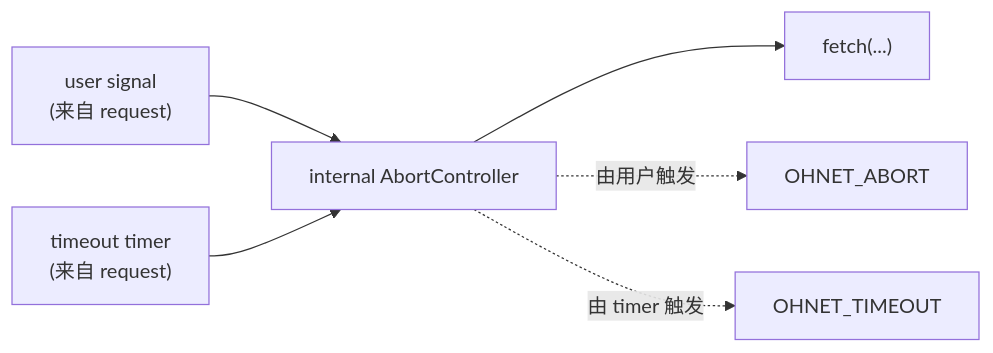
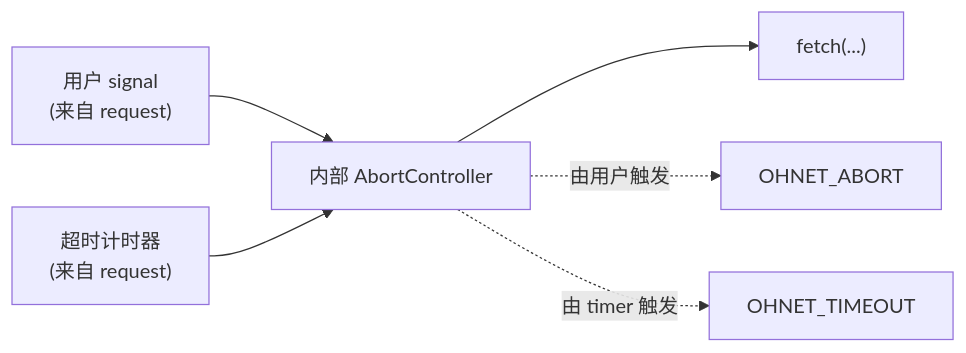
The first of 2 diagrams in docs/zh/guide/signal.md (xtwis/ohnet), drawn with Mermaid before and after one commit. The commit also changed other lines of this file and 45 other files, not shown here.

````diff
--- a/docs/zh/guide/signal.md
+++ b/docs/zh/guide/signal.md
@@ -90,9 +90,9 @@
 ```mermaid
 flowchart LR
-    User["user signal<br/>(来自 request)"] --> Bridge
-    Timer["timeout timer<br/>(来自 request)"] --> Bridge
-    Bridge["internal AbortController"] --> Fetch["fetch(...)"]
+    User["用户 signal<br/>(来自 request)"] --> Bridge
+    Timer["超时计时器<br/>(来自 request)"] --> Bridge
+    Bridge["内部 AbortController"] --> Fetch["fetch(...)"]
 
     Bridge -. "由用户触发" .-> Err1["OHNET_ABORT"]
     Bridge -. "由 timer 触发" .-> Err2["OHNET_TIMEOUT"]
 ```
````
